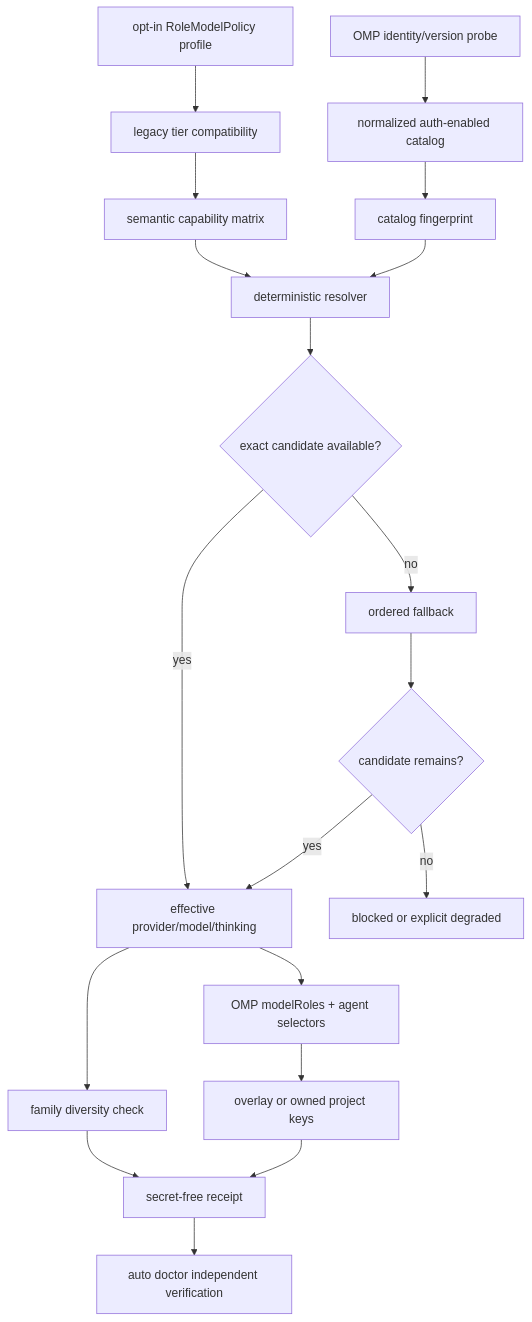
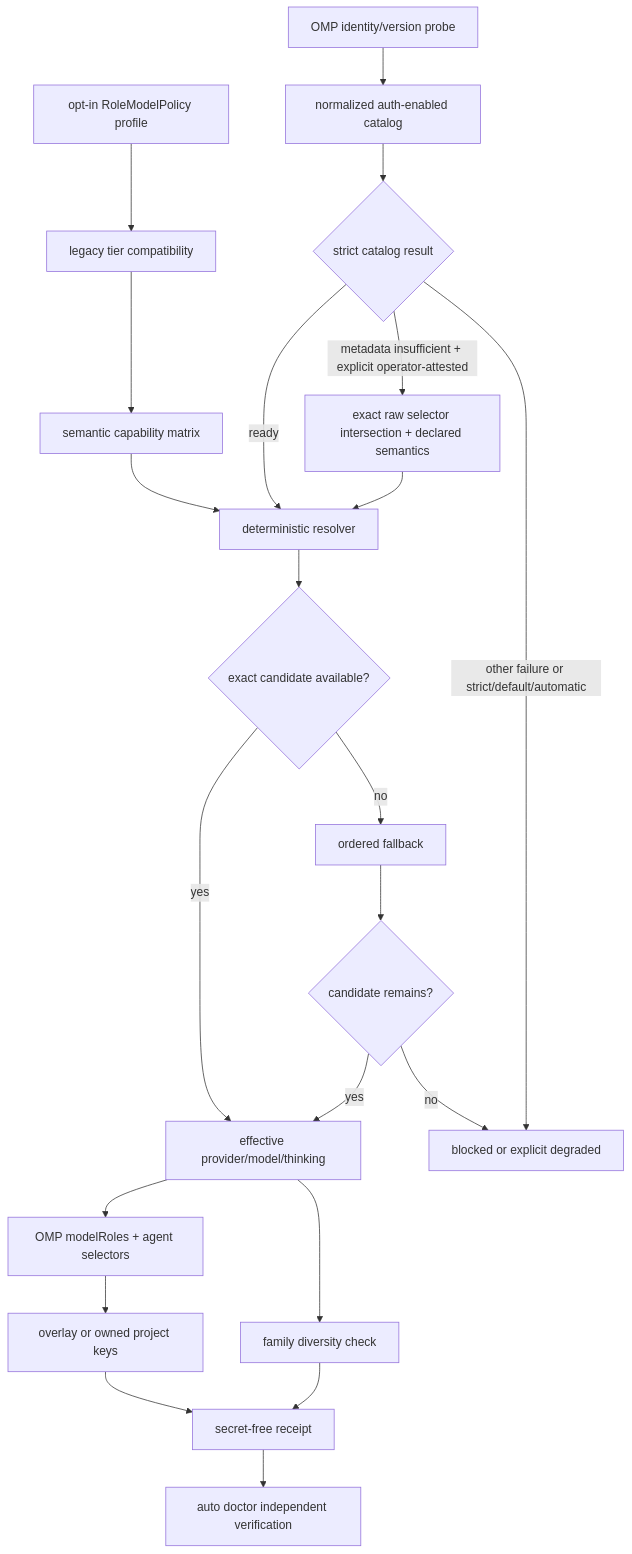
Before and after one commit to Insajin/autopus-adk: the diagram in .autopus/specs/SPEC-OMP-003/plan.md, drawn with Mermaid. The commit also changed other lines of this file and 58 other files, not shown here.

````diff
--- a/.autopus/specs/SPEC-OMP-003/plan.md
+++ b/.autopus/specs/SPEC-OMP-003/plan.md
@@ -15,21 +15,24 @@
 ```mermaid
 flowchart TD
     A[opt-in RoleModelPolicy profile] --> B[legacy tier compatibility]
     B --> C[semantic capability matrix]
     D[OMP identity/version probe] --> E[normalized auth-enabled catalog]
-    E --> F[catalog fingerprint]
-    C --> G[deterministic resolver]
-    F --> G
+    E --> F{strict catalog result}
+    F -- ready --> G[deterministic resolver]
+    F -- metadata insufficient + explicit operator-attested --> X[exact raw selector intersection + declared semantics]
+    X --> G
+    F -- other failure or strict/default/automatic --> L[blocked or explicit degraded]
+    C --> G
     G --> H{exact candidate available?}
     H -- yes --> I[effective provider/model/thinking]
     H -- no --> J[ordered fallback]
     J --> K{candidate remains?}
     K -- yes --> I
     K -- no --> L[blocked or explicit degraded]
     I --> M[OMP modelRoles + agent selectors]
     I --> N[family diversity check]
     M --> O[overlay or owned project keys]
     N --> P[secret-free receipt]
     O --> P
     P --> Q[auto doctor independent verification]
 ```
````
